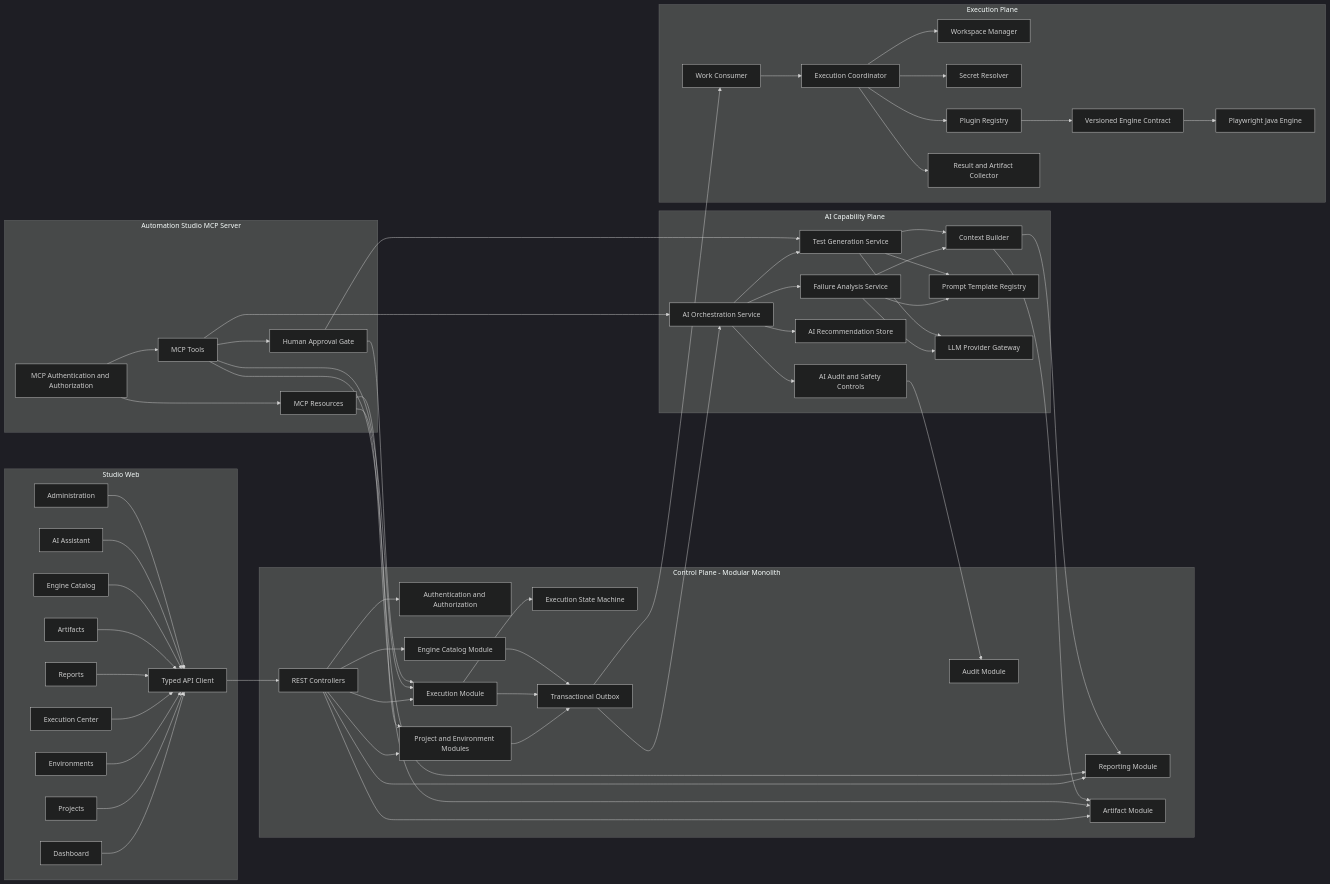
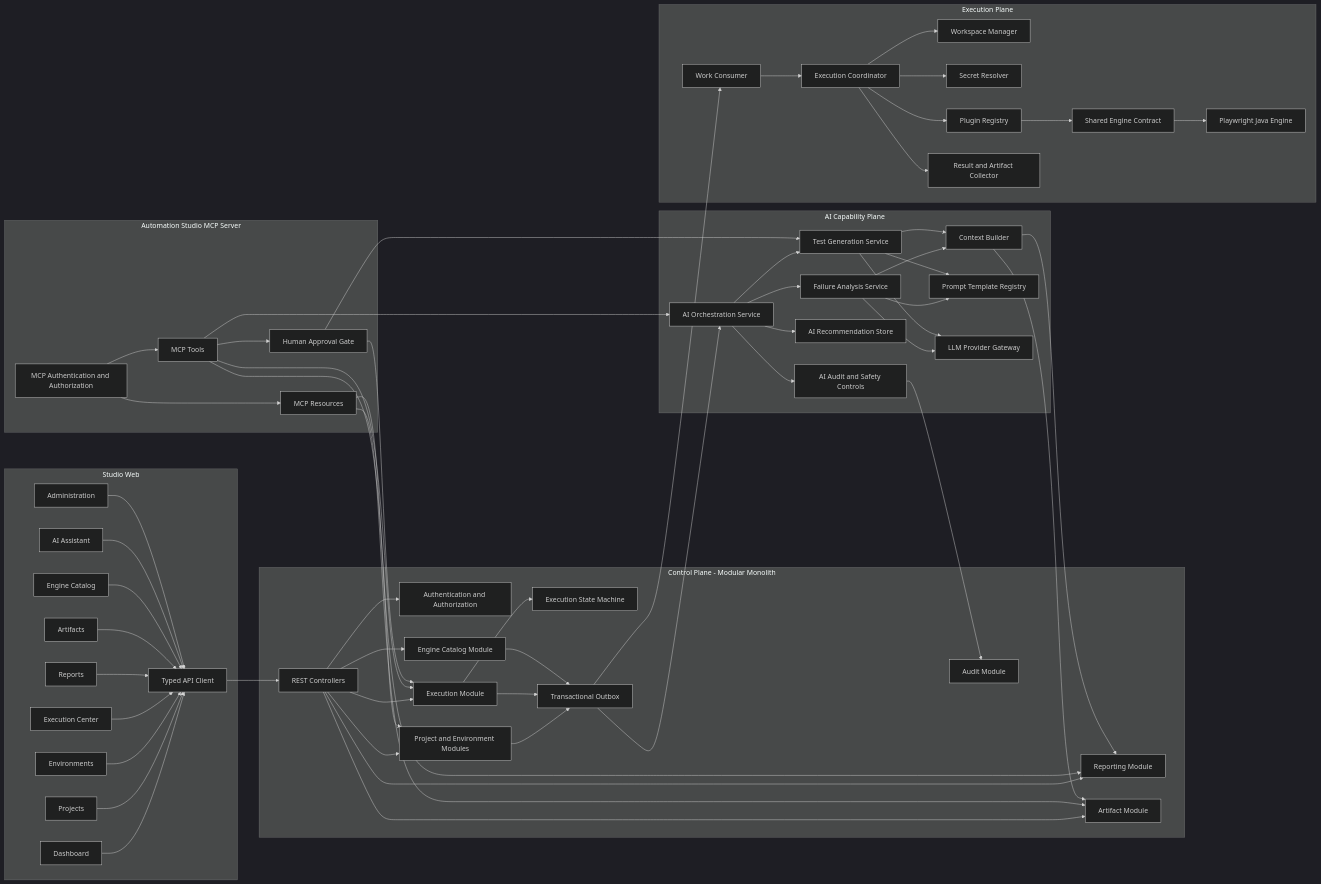
The diagram in docs/architecture/module-architecture.md (niteshcodespace/automation-studio), drawn with Mermaid (dark theme) before and after one commit. The commit also changed other lines of this file and 6 other files, not shown here.

Commit message:
docs(engine): complete engine registry and plugin contract (AS-026G)

```diff
--- a/docs/architecture/module-architecture.md
+++ b/docs/architecture/module-architecture.md
@@ -171,7 +171,7 @@
         Secrets[Secret Resolver]
         Registry[Plugin Registry]
         Collector[Result and Artifact Collector]
-        Contract[Versioned Engine Contract]
+        Contract[Shared Engine Contract]
         Playwright[Playwright Java Engine]
 
         WorkConsumer --> Coordinator
```
